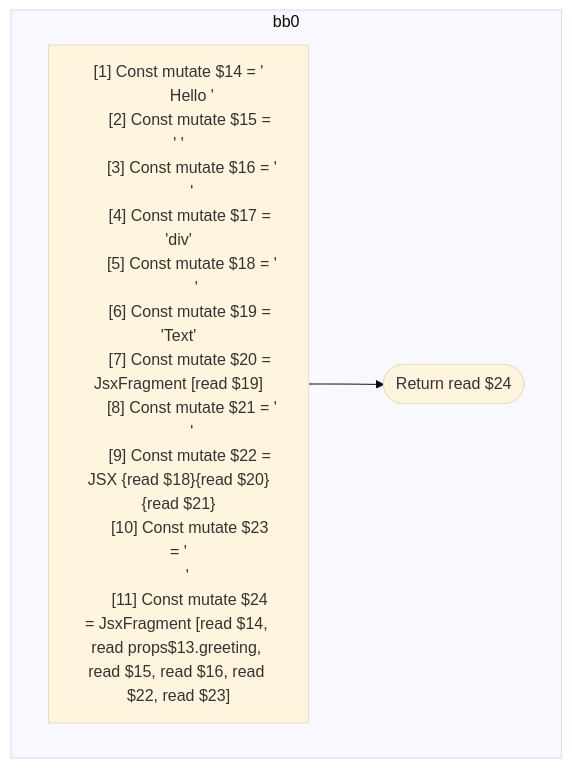
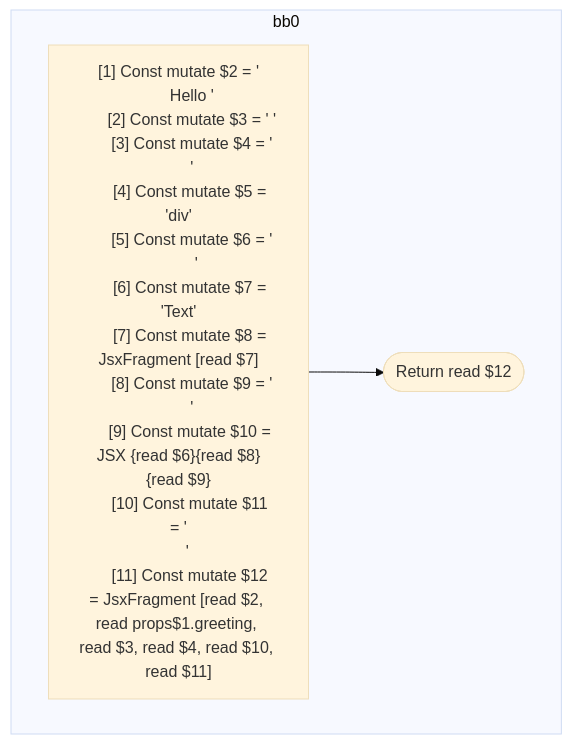
Before and after one commit to wutsmog/private: the diagram in compiler/forget/src/__tests__/fixtures/hir/jsx-fragment.expect.md, drawn with Mermaid (base theme). The commit also changed other lines of this file and 57 other files, not shown here.

````diff
--- a/compiler/forget/src/__tests__/fixtures/hir/jsx-fragment.expect.md
+++ b/compiler/forget/src/__tests__/fixtures/hir/jsx-fragment.expect.md
@@ -38,23 +38,23 @@
 ```mermaid
 flowchart TB
   %% Basic Blocks
   subgraph bb0
     bb0_instrs["
-      [1] Const mutate $14 = '\n      Hello '
-      [2] Const mutate $15 = ' '
-      [3] Const mutate $16 = '\n      '
-      [4] Const mutate $17 = 'div'
-      [5] Const mutate $18 = '\n        '
-      [6] Const mutate $19 = 'Text'
-      [7] Const mutate $20 = JsxFragment [read $19]
-      [8] Const mutate $21 = '\n      '
-      [9] Const mutate $22 = JSX <read $17>{read $18}{read $20}{read $21}</read $17>
-      [10] Const mutate $23 = '\n    '
-      [11] Const mutate $24 = JsxFragment [read $14, read props$13.greeting, read $15, read $16, read $22, read $23]
+      [1] Const mutate $2 = '\n      Hello '
+      [2] Const mutate $3 = ' '
+      [3] Const mutate $4 = '\n      '
+      [4] Const mutate $5 = 'div'
+      [5] Const mutate $6 = '\n        '
+      [6] Const mutate $7 = 'Text'
+      [7] Const mutate $8 = JsxFragment [read $7]
+      [8] Const mutate $9 = '\n      '
+      [9] Const mutate $10 = JSX <read $5>{read $6}{read $8}{read $9}</read $5>
+      [10] Const mutate $11 = '\n    '
+      [11] Const mutate $12 = JsxFragment [read $2, read props$1.greeting, read $3, read $4, read $10, read $11]
     "]
-    bb0_instrs --> bb0_terminal(["Return read $24"])
+    bb0_instrs --> bb0_terminal(["Return read $12"])
   end
 
   %% Jumps
   %% empty
 ```
````
